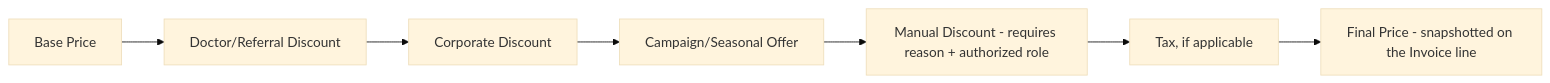
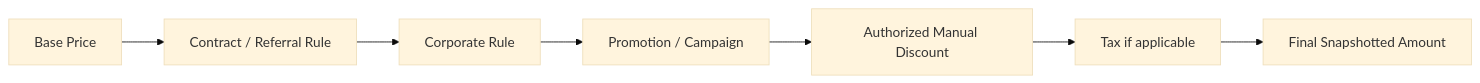
One commit to zaighaumrana/lab-software changed diagram 13 of 13 in docs/03_Core_Domain_Design.md. Above: the diagram before and after it, drawn with Mermaid (base theme). The commit also changed other lines of this file, not shown here.

````diff
--- a/docs/03_Core_Domain_Design.md
+++ b/docs/03_Core_Domain_Design.md
@@ -417,9 +914,9 @@
 ```mermaid
 flowchart LR
-    A[Base Price] --> B[Doctor/Referral Discount]
-    B --> C[Corporate Discount]
-    C --> D[Campaign/Seasonal Offer]
-    D --> E[Manual Discount - requires reason + authorized role]
-    E --> F[Tax, if applicable]
-    F --> G[Final Price - snapshotted on the Invoice line]
+    A[Base Price] --> B[Contract / Referral Rule]
+    B --> C[Corporate Rule]
+    C --> D[Promotion / Campaign]
+    D --> E[Authorized Manual Discount]
+    E --> F[Tax if applicable]
+    F --> G[Final Snapshotted Amount]
 ```
````
